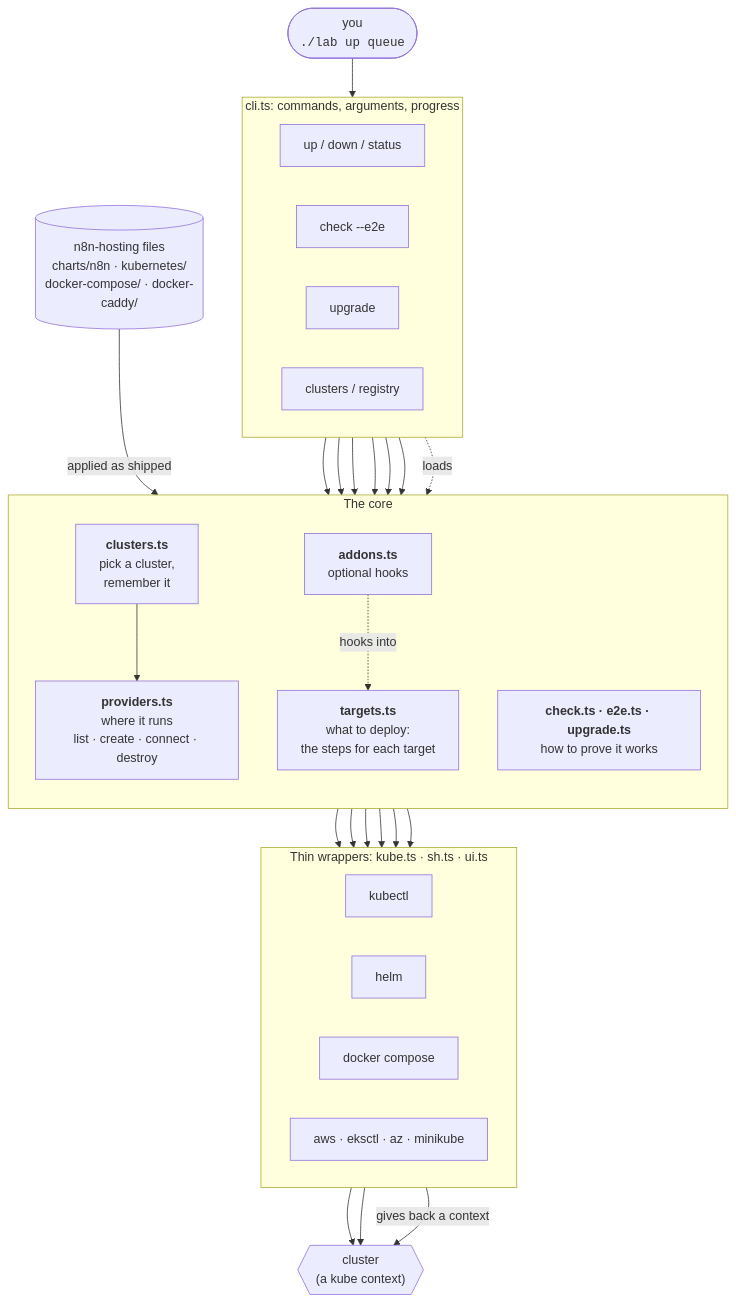
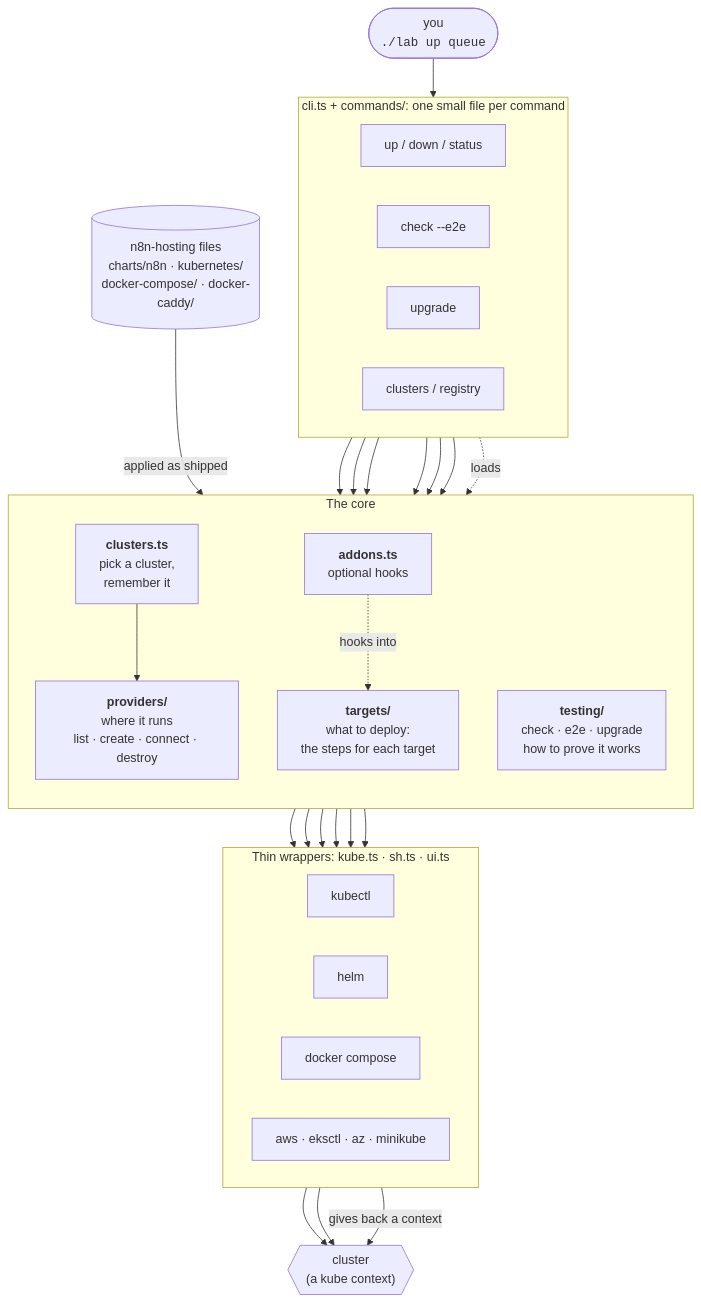
One commit to n8n-io/n8n-hosting changed the second of 3 diagrams in tools/lab/README.md. Above: the diagram before and after it, drawn with Mermaid. The commit also changed other lines of this file and 52 other files, not shown here.

First line of the commit message:
refactor(lab): split the lab into commands, providers, targets and testing modules, and add unit tests

````diff
--- a/tools/lab/README.md
+++ b/tools/lab/README.md
@@ -105,48 +105,48 @@
 ```mermaid
 flowchart TB
     you(["you<br/><code>./lab up queue</code>"])
 
-    subgraph cli["cli.ts: commands, arguments, progress"]
+    subgraph cli["cli.ts + commands/: one small file per command"]
         direction LR
         up["up / down / status"]
         chk["check --e2e"]
         upg["upgrade"]
         cl["clusters / registry"]
     end
 
     subgraph core["The core"]
         direction TB
-        prov["<b>providers.ts</b><br/>where it runs<br/>list · create · connect · destroy"]
+        prov["<b>providers/</b><br/>where it runs<br/>list · create · connect · destroy"]
         clus["<b>clusters.ts</b><br/>pick a cluster,<br/>remember it"]
-        targ["<b>targets.ts</b><br/>what to deploy:<br/>the steps for each target"]
-        test["<b>check.ts · e2e.ts · upgrade.ts</b><br/>how to prove it works"]
+        targ["<b>targets/</b><br/>what to deploy:<br/>the steps for each target"]
+        test["<b>testing/</b><br/>check · e2e · upgrade<br/>how to prove it works"]
         add["<b>addons.ts</b><br/>optional hooks"]
     end
 
     subgraph tools["Thin wrappers: kube.ts · sh.ts · ui.ts"]
         direction LR
         k["kubectl"]
         h["helm"]
         d["docker compose"]
         cloud["aws · eksctl · az · minikube"]
     end
 
     files[("n8n-hosting files<br/>charts/n8n · kubernetes/<br/>docker-compose/ · docker-caddy/")]
     cluster{{"cluster<br/>(a kube context)"}}
 
     you --> cli
     up --> clus --> prov
     up --> targ
     chk --> test
     upg --> test
     upg --> targ
     cl --> prov
     cli -.->|"loads"| add
     add -.->|"hooks into"| targ
     targ --> k & h & d
     prov --> cloud
     test --> k & d
     files -->|"applied as shipped"| targ
     k & h --> cluster
     cloud -->|"gives back a context"| cluster
 ```
````
